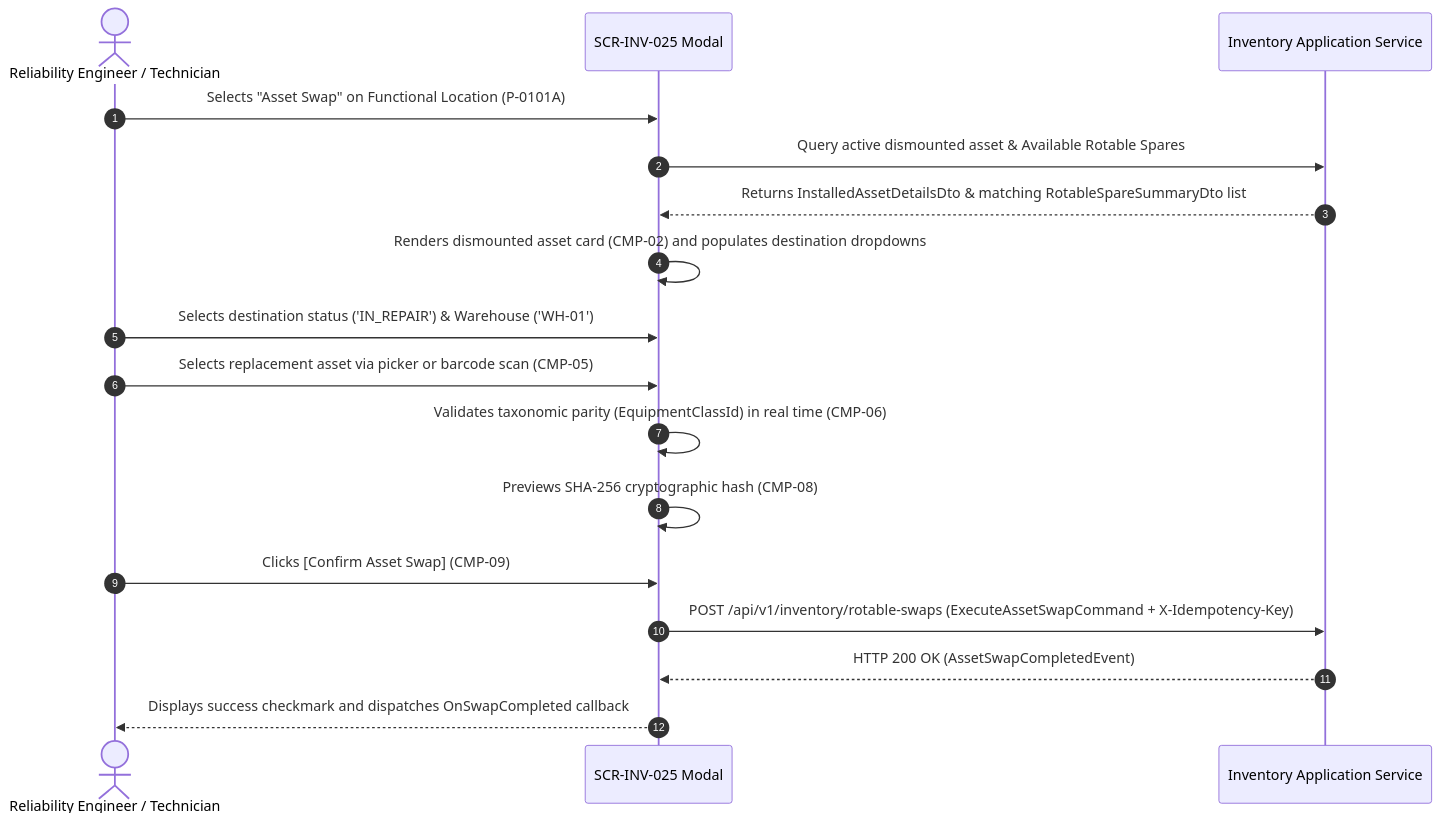
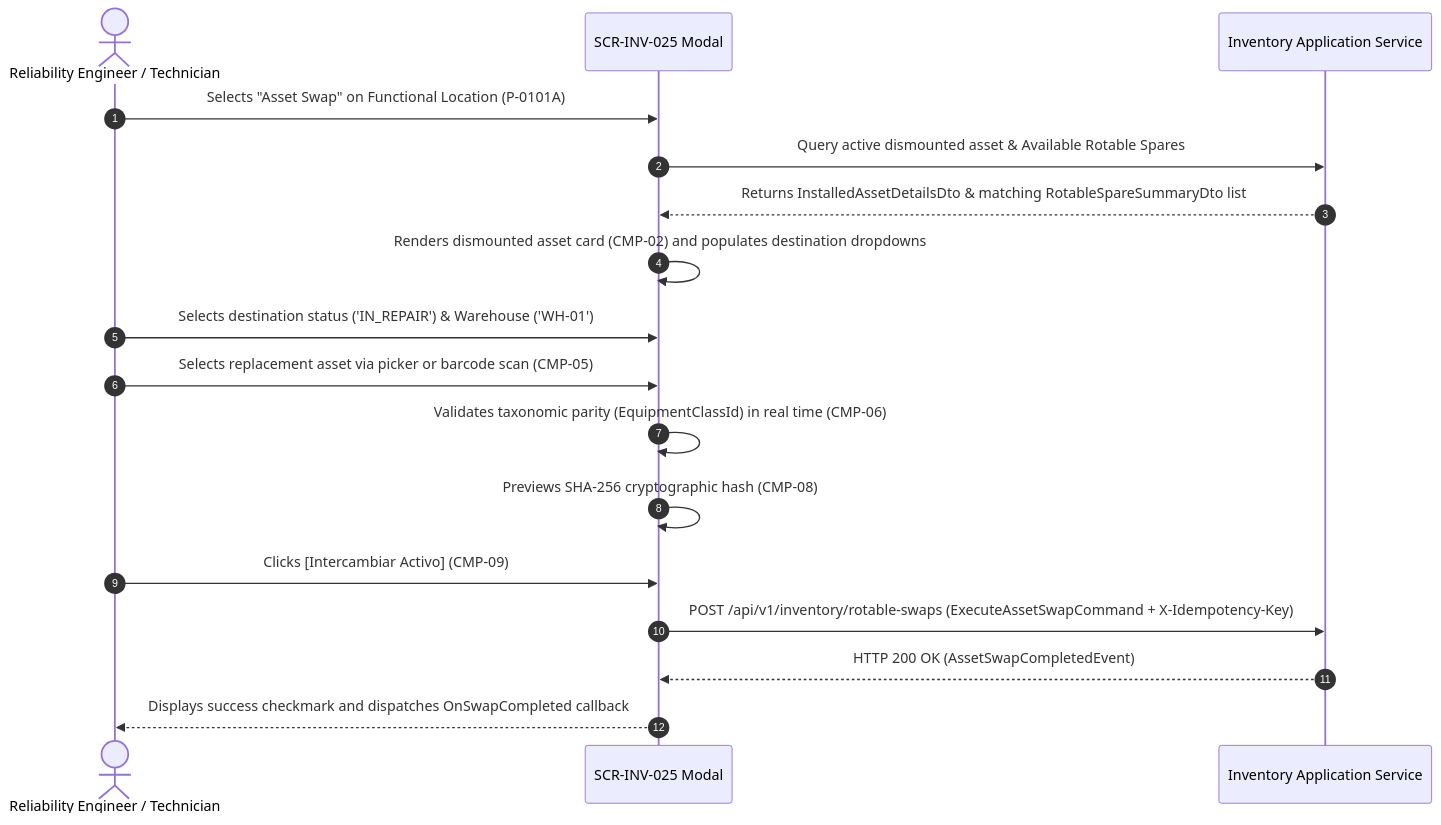
Before and after one commit to Novav20/adso-dteam-docs: the diagram in ui-ux/screens/inv/SCR-INV-025.md, drawn with Mermaid. The commit also changed other lines of this file and 9 other files, not shown here.

````diff
--- a/ui-ux/screens/inv/SCR-INV-025.md
+++ b/ui-ux/screens/inv/SCR-INV-025.md
@@ -89,20 +89,20 @@
 ```mermaid
 sequenceDiagram
     autonumber
     actor Tech as Reliability Engineer / Technician
     participant UI as SCR-INV-025 Modal
     participant INV as Inventory Application Service
 
     Tech->>UI: Selects "Asset Swap" on Functional Location (P-0101A)
     UI->>INV: Query active dismounted asset & Available Rotable Spares
     INV-->>UI: Returns InstalledAssetDetailsDto & matching RotableSpareSummaryDto list
     UI->>UI: Renders dismounted asset card (CMP-02) and populates destination dropdowns
     Tech->>UI: Selects destination status ('IN_REPAIR') & Warehouse ('WH-01')
     Tech->>UI: Selects replacement asset via picker or barcode scan (CMP-05)
     UI->>UI: Validates taxonomic parity (EquipmentClassId) in real time (CMP-06)
     UI->>UI: Previews SHA-256 cryptographic hash (CMP-08)
-    Tech->>UI: Clicks [Confirm Asset Swap] (CMP-09)
+    Tech->>UI: Clicks [Intercambiar Activo] (CMP-09)
     UI->>INV: POST /api/v1/inventory/rotable-swaps (ExecuteAssetSwapCommand + X-Idempotency-Key)
     INV-->>UI: HTTP 200 OK (AssetSwapCompletedEvent)
     UI-->>Tech: Displays success checkmark and dispatches OnSwapCompleted callback
 ```
````
